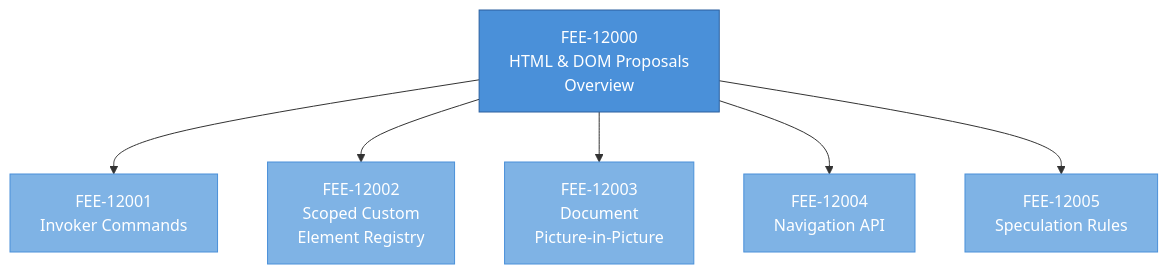
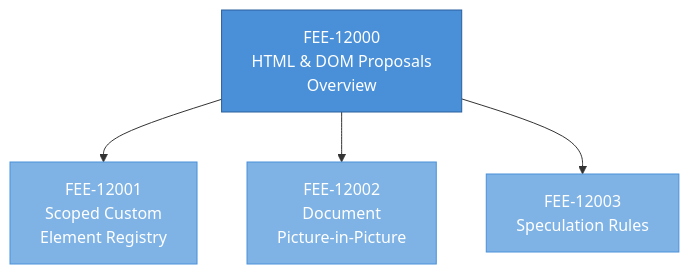
The diagram in docs/en/Web Platform Proposals/HTML and DOM Proposals/12000.md (alivedise/frontend-engineering-essentials), drawn with Mermaid before and after one commit. The commit also changed other lines of this file and 3 other files, not shown here.

````diff
--- a/docs/en/Web Platform Proposals/HTML and DOM Proposals/12000.md
+++ b/docs/en/Web Platform Proposals/HTML and DOM Proposals/12000.md
@@ -178,23 +178,17 @@
 ```mermaid
 graph TD
     FEE12000["FEE-12000<br/>HTML & DOM Proposals<br/>Overview"]
 
-    FEE12001["FEE-12001<br/>Invoker Commands"]
-    FEE12002["FEE-12002<br/>Scoped Custom<br/>Element Registry"]
-    FEE12003["FEE-12003<br/>Document<br/>Picture-in-Picture"]
-    FEE12004["FEE-12004<br/>Navigation API"]
-    FEE12005["FEE-12005<br/>Speculation Rules"]
+    FEE12001["FEE-12001<br/>Scoped Custom<br/>Element Registry"]
+    FEE12002["FEE-12002<br/>Document<br/>Picture-in-Picture"]
+    FEE12003["FEE-12003<br/>Speculation Rules"]
 
     FEE12000 --> FEE12001
     FEE12000 --> FEE12002
     FEE12000 --> FEE12003
-    FEE12000 --> FEE12004
-    FEE12000 --> FEE12005
 
     style FEE12000 fill:#4A90D9,color:#fff,stroke:#2A5F9E
     style FEE12001 fill:#7FB3E5,color:#fff,stroke:#4A90D9
     style FEE12002 fill:#7FB3E5,color:#fff,stroke:#4A90D9
     style FEE12003 fill:#7FB3E5,color:#fff,stroke:#4A90D9
-    style FEE12004 fill:#7FB3E5,color:#fff,stroke:#4A90D9
-    style FEE12005 fill:#7FB3E5,color:#fff,stroke:#4A90D9
 ```
````
